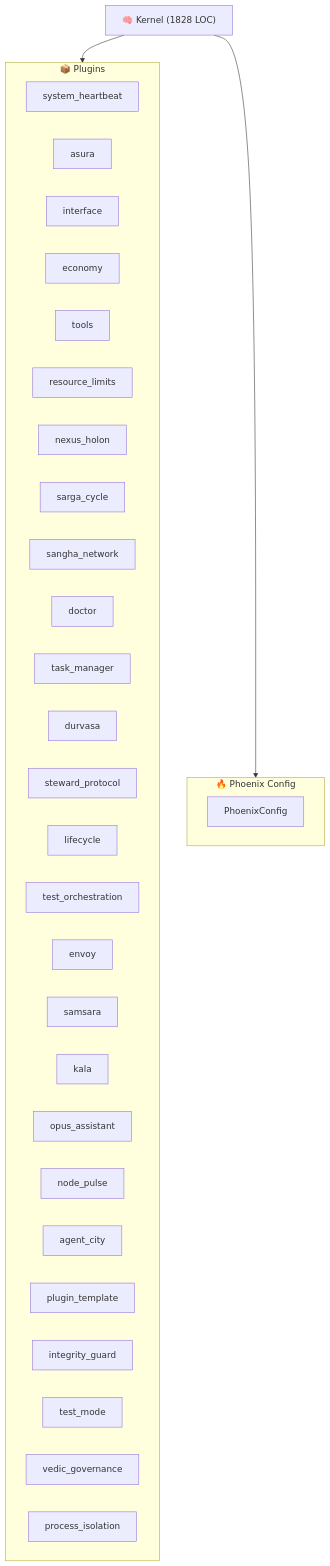
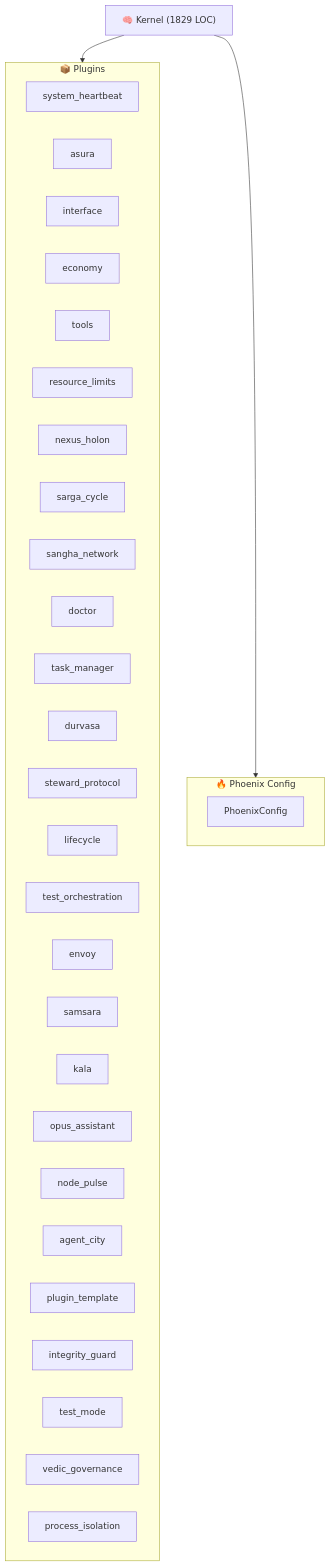
Before and after one commit to kimeisele/steward-protocol: the diagram in ARCHITECTURE.md, drawn with Mermaid. The commit also changed other lines of this file and 16 other files, not shown here.

````diff
--- a/ARCHITECTURE.md
+++ b/ARCHITECTURE.md
@@ -8,37 +8,37 @@
 ```mermaid
 graph TB
-    K["🧠 Kernel (1828 LOC)"]
+    K["🧠 Kernel (1829 LOC)"]
     subgraph Plugins["📦 Plugins"]
         P_system_heartbeat["system_heartbeat"]
         P_asura["asura"]
         P_interface["interface"]
         P_economy["economy"]
         P_tools["tools"]
         P_resource_limits["resource_limits"]
         P_nexus_holon["nexus_holon"]
         P_sarga_cycle["sarga_cycle"]
         P_sangha_network["sangha_network"]
         P_doctor["doctor"]
         P_task_manager["task_manager"]
         P_durvasa["durvasa"]
         P_steward_protocol["steward_protocol"]
         P_lifecycle["lifecycle"]
         P_test_orchestration["test_orchestration"]
         P_envoy["envoy"]
         P_samsara["samsara"]
         P_kala["kala"]
         P_opus_assistant["opus_assistant"]
         P_node_pulse["node_pulse"]
         P_agent_city["agent_city"]
         P_plugin_template["plugin_template"]
         P_integrity_guard["integrity_guard"]
         P_test_mode["test_mode"]
         P_vedic_governance["vedic_governance"]
         P_process_isolation["process_isolation"]
     end
     K --> Plugins
     subgraph Config["🔥 Phoenix Config"]
         PC[PhoenixConfig]
     end
     K --> Config
 ```
````
